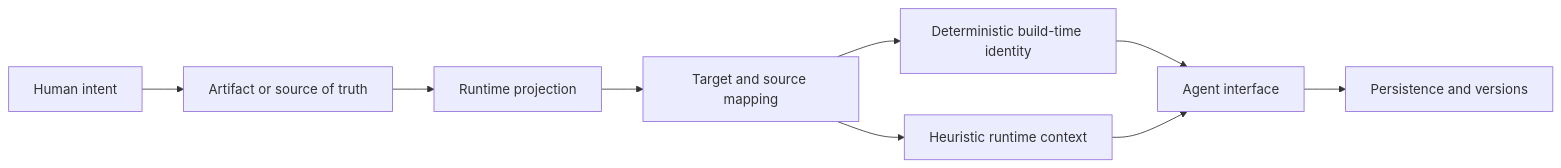
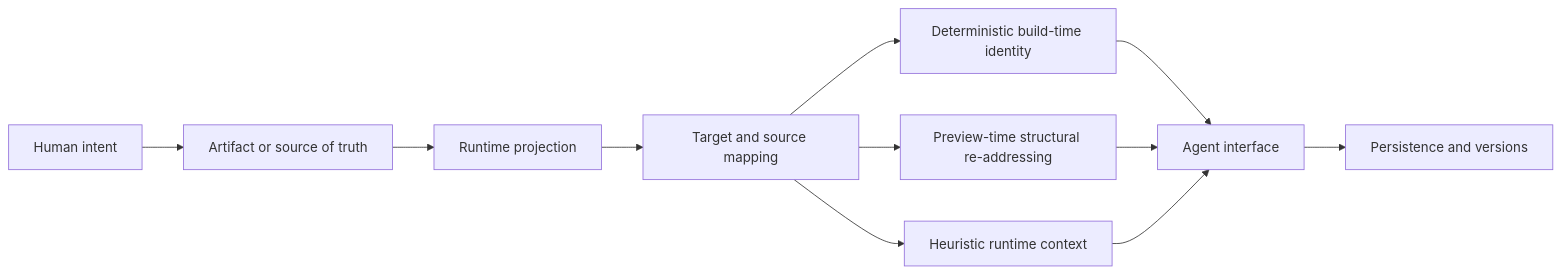
Before and after one commit to cc1024201/ai-native-design-landscape: the second of 2 diagrams in README.md, drawn with Mermaid. The commit also changed other lines of this file and 1 other file, not shown here.

````diff
--- a/README.md
+++ b/README.md
@@ -111,11 +112,13 @@
 ```mermaid
 flowchart LR
     I[Human intent] --> A[Artifact or source of truth]
     A --> R[Runtime projection]
     R --> M[Target and source mapping]
     M --> D[Deterministic build-time identity]
+    M --> S[Preview-time structural re-addressing]
     M --> H[Heuristic runtime context]
     D --> X[Agent interface]
+    S --> X
     H --> X
     X --> P[Persistence and versions]
 ```
````
